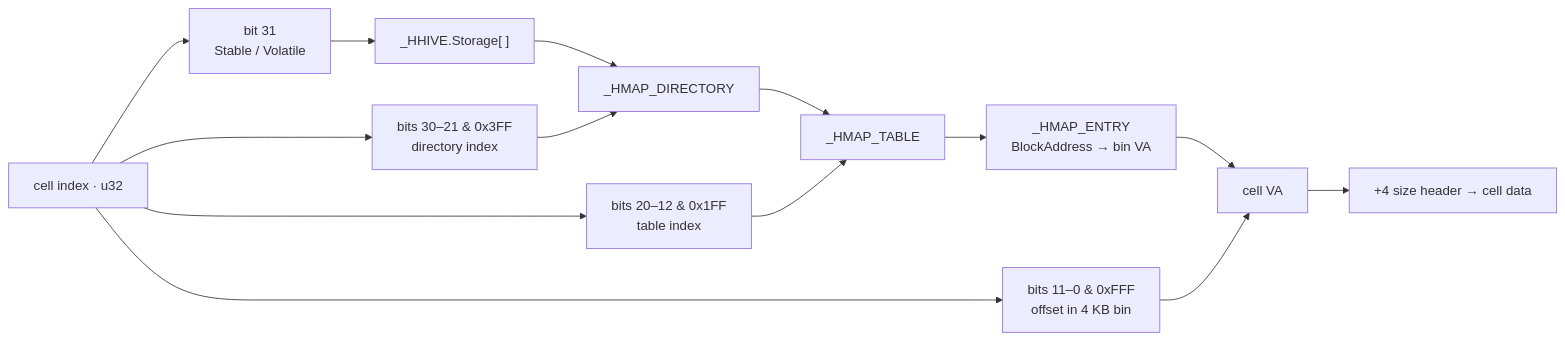
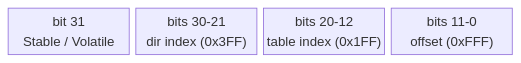
Before and after one commit to jwu29/issen: diagram 22 of 52 in docs/workshop-3hr/gamma-script.md, drawn with Mermaid. The commit also changed other lines of this file, not shown here.

First line of the commit message:
docs(workshop): data-structure diagrams for structure cards (paper idiom)

````diff
--- a/docs/workshop-3hr/gamma-script.md
+++ b/docs/workshop-3hr/gamma-script.md
@@ -534,16 +554,5 @@
 ```mermaid
-flowchart LR
-  CI["cell index · u32"] --> B31["bit 31<br/>Stable / Volatile"]
-  CI --> BD["bits 30–21 & 0x3FF<br/>directory index"]
-  CI --> BT["bits 20–12 & 0x1FF<br/>table index"]
-  CI --> BO["bits 11–0 & 0xFFF<br/>offset in 4 KB bin"]
-  B31 --> STG["_HHIVE.Storage[ ]"]
-  STG --> DIR["_HMAP_DIRECTORY"]
-  BD --> DIR
-  DIR --> TBL["_HMAP_TABLE"]
-  BT --> TBL
-  TBL --> ENT["_HMAP_ENTRY<br/>BlockAddress → bin VA"]
-  ENT --> CELL["cell VA"]
-  BO --> CELL
-  CELL --> DATA["+4 size header → cell data"]
+block-beta
+  columns 4
+  b31["bit 31<br/>Stable / Volatile"] bd["bits 30-21<br/>dir index (0x3FF)"] bt["bits 20-12<br/>table index (0x1FF)"] bo["bits 11-0<br/>offset (0xFFF)"]
 ```
````
